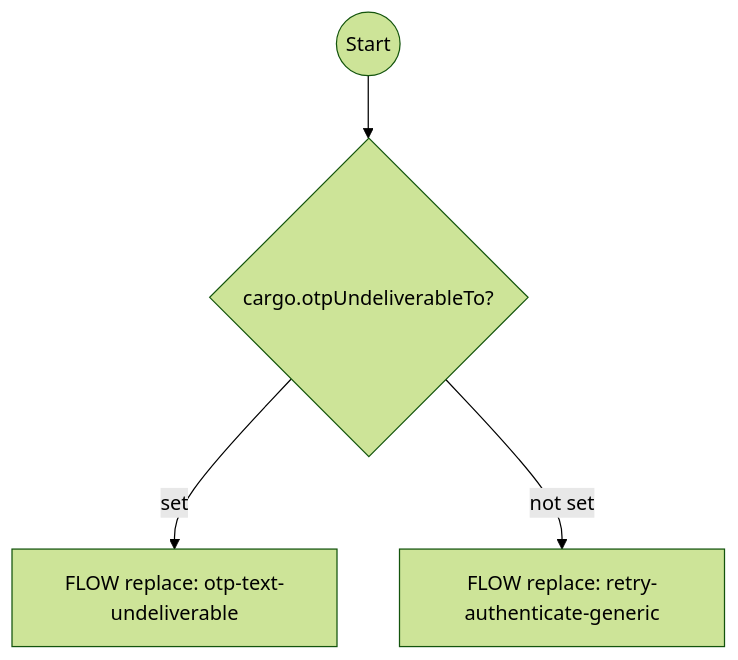
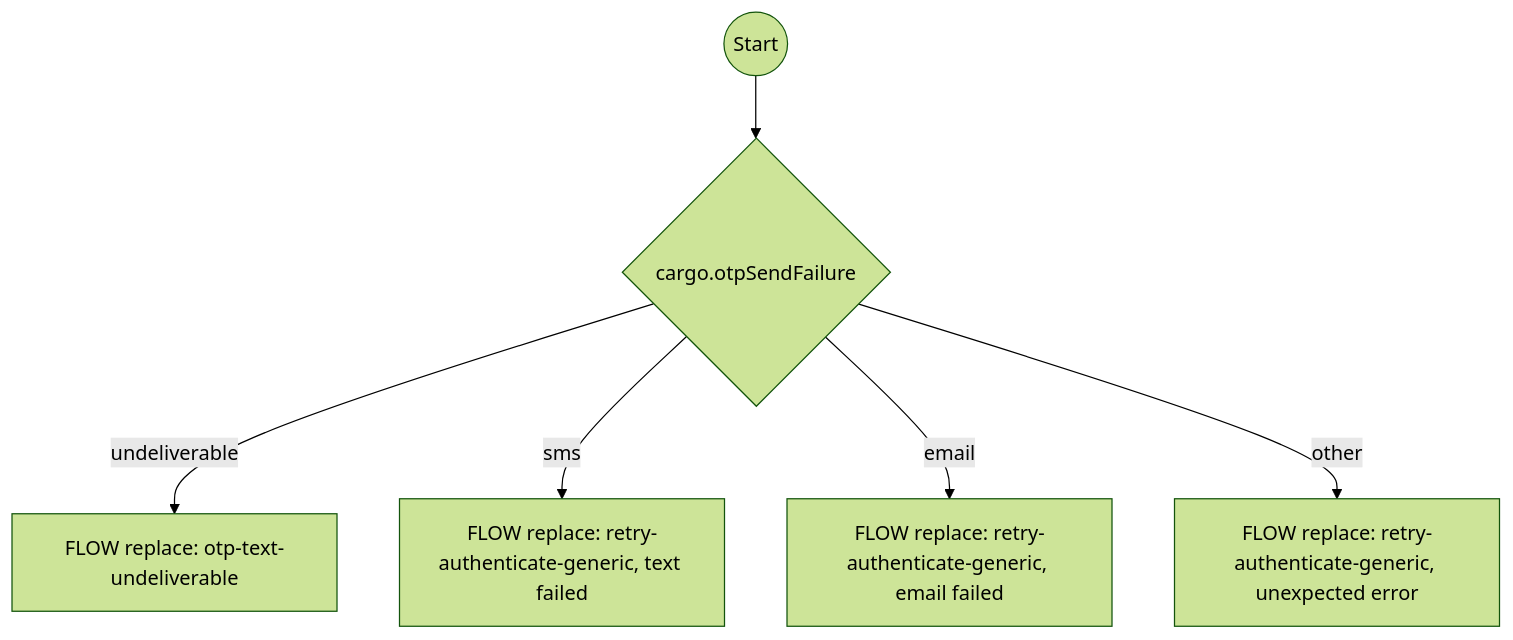
Diagram 11 of 17 in docs/system-flows.md (ronpinkas/jsfe), drawn with Mermaid (forest theme) before and after one commit. The commit also changed other lines of this file, not shown here.

Commit message:
docs: system flows page for send-otp-code, otp-send-failed, text-destination, send-text

````diff
--- a/docs/system-flows.md
+++ b/docs/system-flows.md
@@ -565,6 +560,8 @@
 ```mermaid
 graph TD
-    start((Start)) --> branch_on_failure{cargo.otpUndeliverableTo?}
-    branch_on_failure -->|set| line_cannot_text[FLOW replace: otp-text-undeliverable]
-    branch_on_failure -->|not set| send_failed_retry[FLOW replace: retry-authenticate-generic]
+    start((Start)) --> branch_on_failure{cargo.otpSendFailure}
+    branch_on_failure -->|undeliverable| line_cannot_text[FLOW replace: otp-text-undeliverable]
+    branch_on_failure -->|sms| sms_retry[FLOW replace: retry-authenticate-generic, text failed]
+    branch_on_failure -->|email| email_retry[FLOW replace: retry-authenticate-generic, email failed]
+    branch_on_failure -->|other| unexpected_retry[FLOW replace: retry-authenticate-generic, unexpected error]
 ```
````
